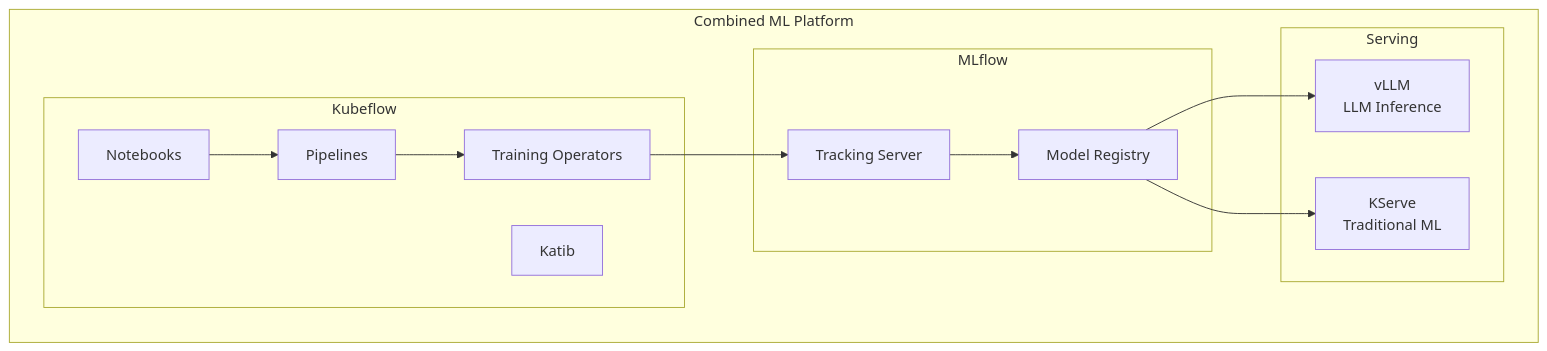
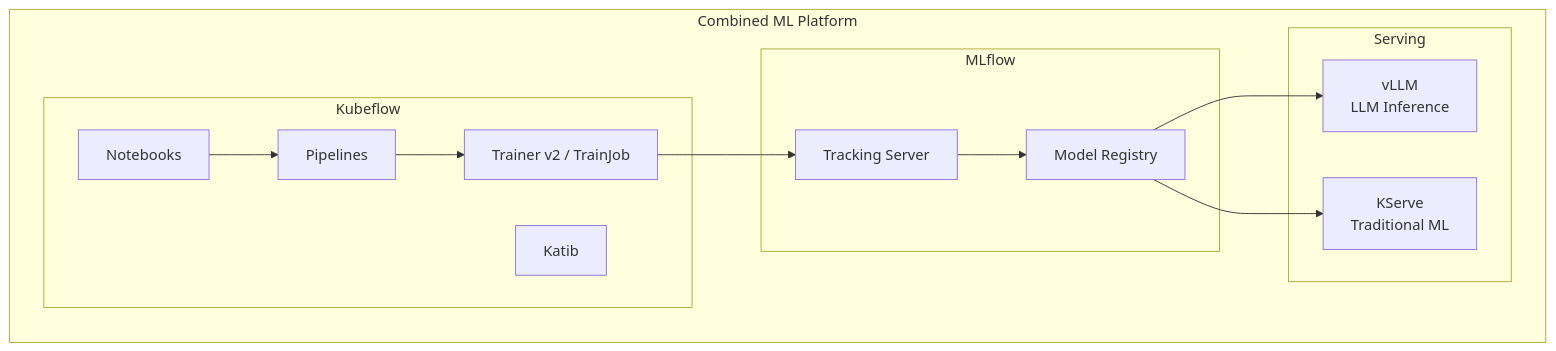
Before and after one commit to Mirantis-PS/k0rdent-ai-training: the eighth of 9 diagrams in curriculum/week-5-ai-workloads/theory/5.5-ml-platforms.md, drawn with Mermaid. The commit also changed other lines of this file and 66 other files, not shown here.

````diff
--- a/curriculum/week-5-ai-workloads/theory/5.5-ml-platforms.md
+++ b/curriculum/week-5-ai-workloads/theory/5.5-ml-platforms.md
@@ -505,28 +545,28 @@
 ```mermaid
 flowchart TB
     subgraph "Combined ML Platform"
         subgraph "Kubeflow"
             NB[Notebooks]
-            TR[Training Operators]
+            TR[Trainer v2 / TrainJob]
             KT[Katib]
             KFP[Pipelines]
         end
 
         subgraph "MLflow"
             TRACK[Tracking Server]
             REG[Model Registry]
         end
 
         subgraph "Serving"
             VLLM[vLLM<br/>LLM Inference]
             KS[KServe<br/>Traditional ML]
         end
 
         NB --> KFP
         KFP --> TR
         TR --> TRACK
         TRACK --> REG
         REG --> VLLM
         REG --> KS
     end
 ```
````
